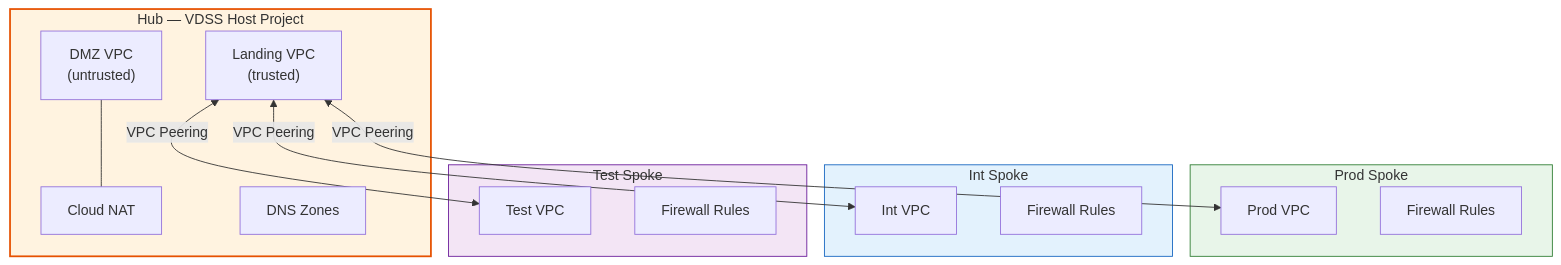
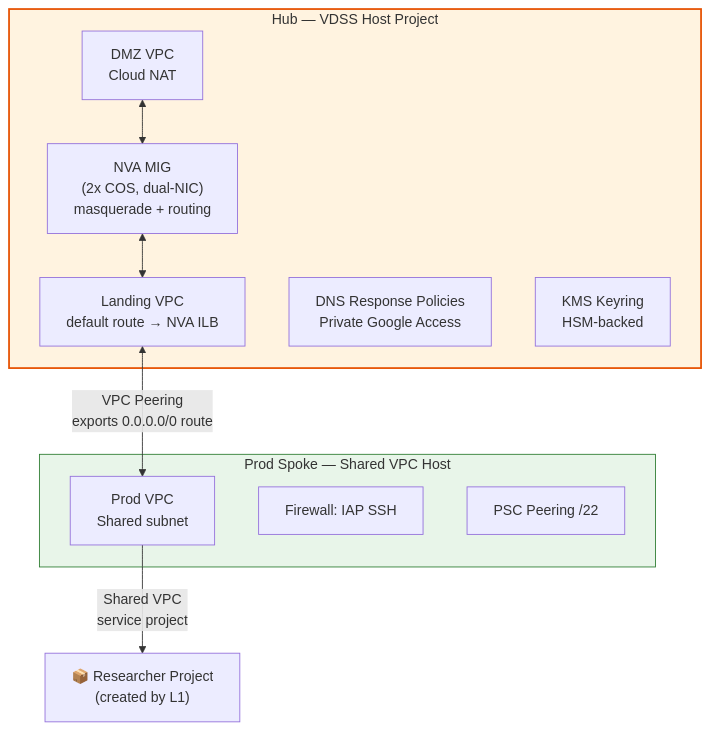
The third of 4 diagrams in README.md (WandLZhang/fast-science-0-stellar-engine), drawn with Mermaid before and after one commit. The commit also changed other lines of this file, not shown here.

First line of the commit message:
Update architecture diagrams to reflect deployed state

````diff
--- a/README.md
+++ b/README.md
@@ -414,34 +401,24 @@
 ```mermaid
 graph TB
     subgraph HUB["Hub — VDSS Host Project"]
-        DMZ["DMZ VPC<br/>(untrusted)"]
-        LAND["Landing VPC<br/>(trusted)"]
-        NAT["Cloud NAT"]
-        DNS["DNS Zones"]
-        DMZ --- NAT
+        DMZ["DMZ VPC<br/>Cloud NAT"]
+        NVA["NVA MIG<br/>(2x COS, dual-NIC)<br/>masquerade + routing"]
+        LAND["Landing VPC<br/>default route → NVA ILB"]
+        DNS["DNS Response Policies<br/>Private Google Access"]
+        KMS["KMS Keyring<br/>HSM-backed"]
+        DMZ <--> NVA <--> LAND
     end
 
-    subgraph PROD_SPOKE["Prod Spoke"]
-        PVPC["Prod VPC"]
-        PFW["Firewall Rules"]
+    subgraph PROD_SPOKE["Prod Spoke — Shared VPC Host"]
+        PVPC["Prod VPC<br/>Shared subnet"]
+        PFW["Firewall: IAP SSH"]
+        PSC["PSC Peering /22"]
     end
 
-    subgraph INT_SPOKE["Int Spoke"]
-        IVPC["Int VPC"]
-        IFW["Firewall Rules"]
-    end
+    LAND <-->|"VPC Peering<br/>exports 0.0.0.0/0 route"| PVPC
 
-    subgraph TEST_SPOKE["Test Spoke"]
-        TVPC["Test VPC"]
-        TFW["Firewall Rules"]
-    end
-
-    LAND <-->|"VPC Peering"| PVPC
-    LAND <-->|"VPC Peering"| IVPC
-    LAND <-->|"VPC Peering"| TVPC
+    PVPC -->|"Shared VPC<br/>service project"| RESEARCHER["📦 Researcher Project<br/>(created by L1)"]
 
     style HUB fill:#fff3e0,stroke:#e65100,stroke-width:2px
     style PROD_SPOKE fill:#e8f5e9,stroke:#2e7d32
-    style INT_SPOKE fill:#e3f2fd,stroke:#1565c0
-    style TEST_SPOKE fill:#f3e5f5,stroke:#6a1b9a
 ```
````
